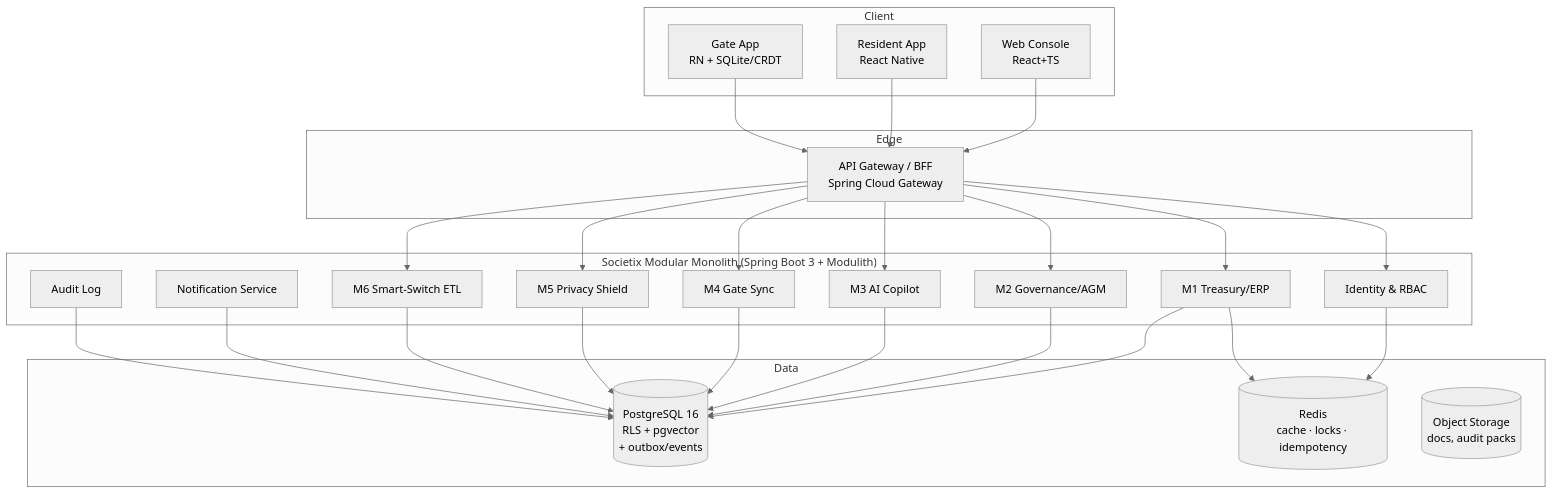
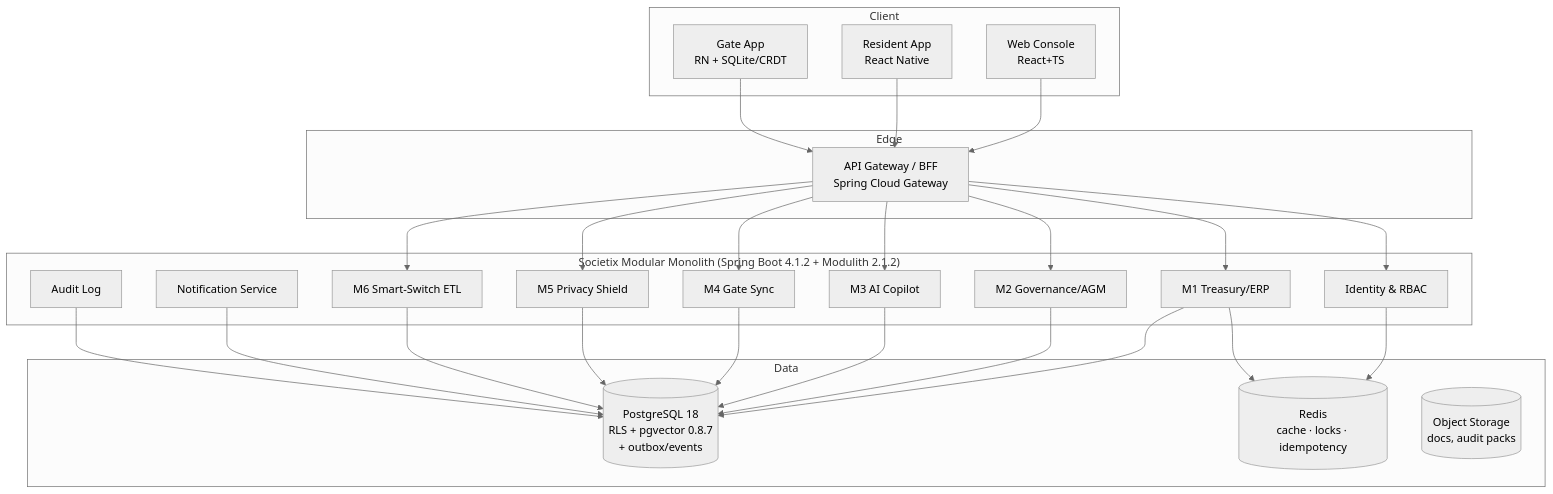
Before and after one commit to ayushrai007/Societix: the second of 5 diagrams in docs/archive/01-architecture.md, drawn with Mermaid (neutral theme). The commit also changed 22 other files, not shown here.

````diff
--- a/docs/archive/01-architecture.md
+++ b/docs/archive/01-architecture.md
@@ -59,37 +59,37 @@
 ```mermaid
 graph TB
     subgraph Client
       WEB[Web Console<br/>React+TS]
       MOB[Resident App<br/>React Native]
       GATE[Gate App<br/>RN + SQLite/CRDT]
     end
     subgraph Edge
       GW[API Gateway / BFF<br/>Spring Cloud Gateway]
     end
-    subgraph Core["Societix Modular Monolith (Spring Boot 3 + Modulith)"]
+    subgraph Core["Societix Modular Monolith (Spring Boot 4.1.2 + Modulith 2.1.2)"]
       M1[M1 Treasury/ERP]
       M2[M2 Governance/AGM]
       M3[M3 AI Copilot]
       M4[M4 Gate Sync]
       M5[M5 Privacy Shield]
       M6[M6 Smart-Switch ETL]
       IAM[Identity & RBAC]
       NOTIF[Notification Service]
       AUDIT[Audit Log]
     end
     subgraph Data
-      PG[(PostgreSQL 16<br/>RLS + pgvector<br/>+ outbox/events)]
+      PG[(PostgreSQL 18<br/>RLS + pgvector 0.8.7<br/>+ outbox/events)]
       REDIS[(Redis<br/>cache · locks · idempotency)]
       OBJ[(Object Storage<br/>docs, audit packs)]
     end
     WEB --> GW
     MOB --> GW
     GATE --> GW
     GW --> IAM
     GW --> M1 & M2 & M3 & M4 & M5 & M6
     M1 & M2 & M3 & M4 & M5 & M6 --> PG
     NOTIF --> PG
     IAM --> REDIS
     M1 --> REDIS
     AUDIT --> PG
 ```
````
